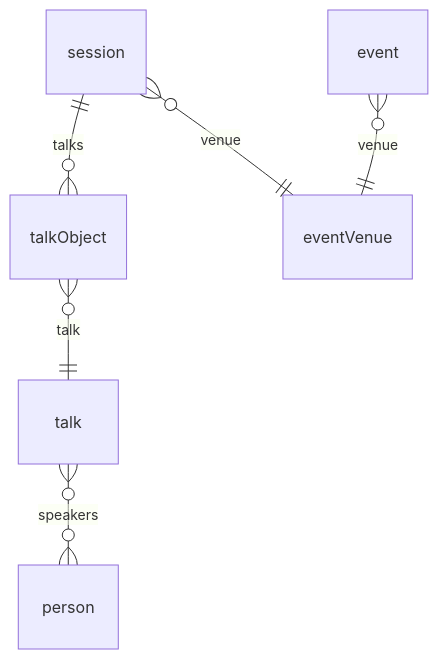
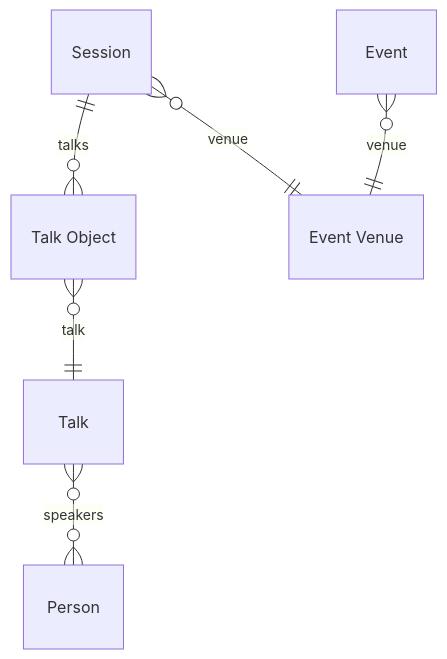
One commit to zarif-al/zarif-portfolio changed the fifth of 8 diagrams in scripts/seed/content/projects/brightonseo.md. Above: the diagram before and after it, drawn with Mermaid. The commit also changed other lines of this file, not shown here.

Commit message:
docs(seed): expand brightonSEO content with multi-region and schema details

````diff
--- a/scripts/seed/content/projects/brightonseo.md
+++ b/scripts/seed/content/projects/brightonseo.md
@@ -56,8 +132,8 @@
 ```mermaid
 erDiagram
-  session ||--o{ talkObject : talks
-  talkObject }o--|| talk : talk
-  talk }o--o{ person : speakers
-  session }o--|| eventVenue : venue
-  event }o--|| eventVenue : venue
+  Session ||--o{ "Talk Object" : talks
+  "Talk Object" }o--|| Talk : talk
+  Talk }o--o{ Person : speakers
+  Session }o--|| "Event Venue" : venue
+  Event }o--|| "Event Venue" : venue
 ```
````
